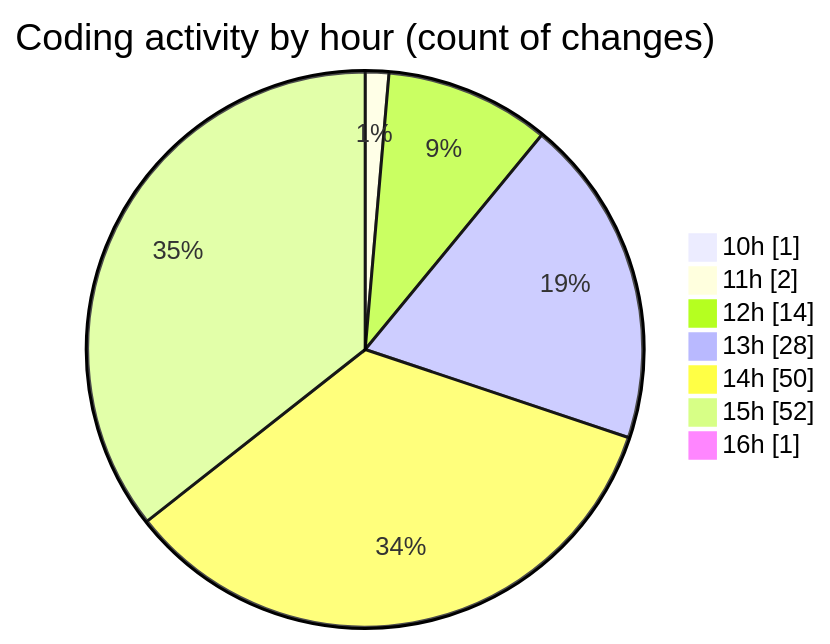
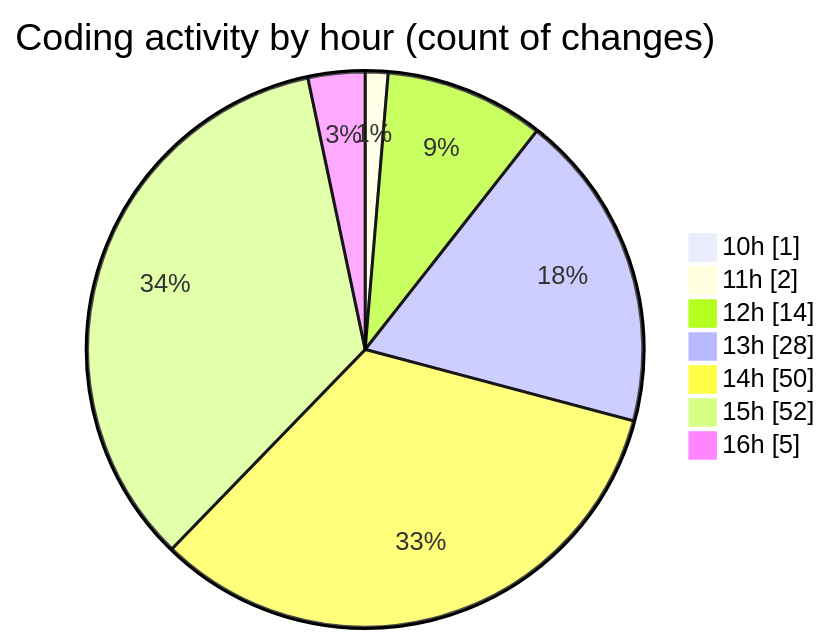
One commit to momahboobian/code-tracking changed the second of 2 diagrams in 2026-11-02/cda/README.md. Above: the diagram before and after it, drawn with Mermaid. The commit also changed other lines of this file and 1 other file, not shown here.

````diff
--- a/2026-11-02/cda/README.md
+++ b/2026-11-02/cda/README.md
@@ -69,11 +71,11 @@
 ```mermaid
 pie showData
 title Coding activity by hour (count of changes)
 "10h" : 1
 "11h" : 2
 "12h" : 14
 "13h" : 28
 "14h" : 50
 "15h" : 52
-"16h" : 1
+"16h" : 5
 ```
````
